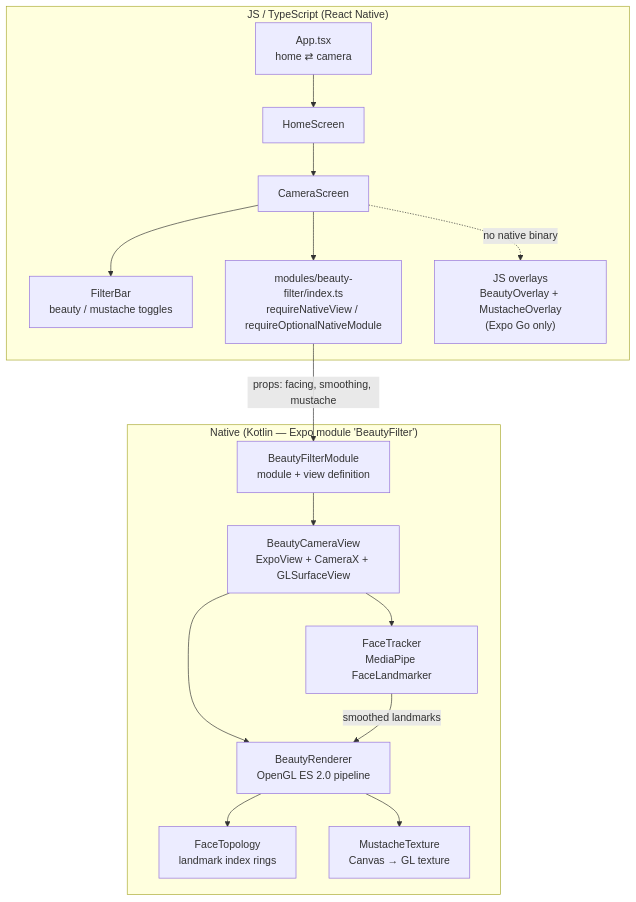
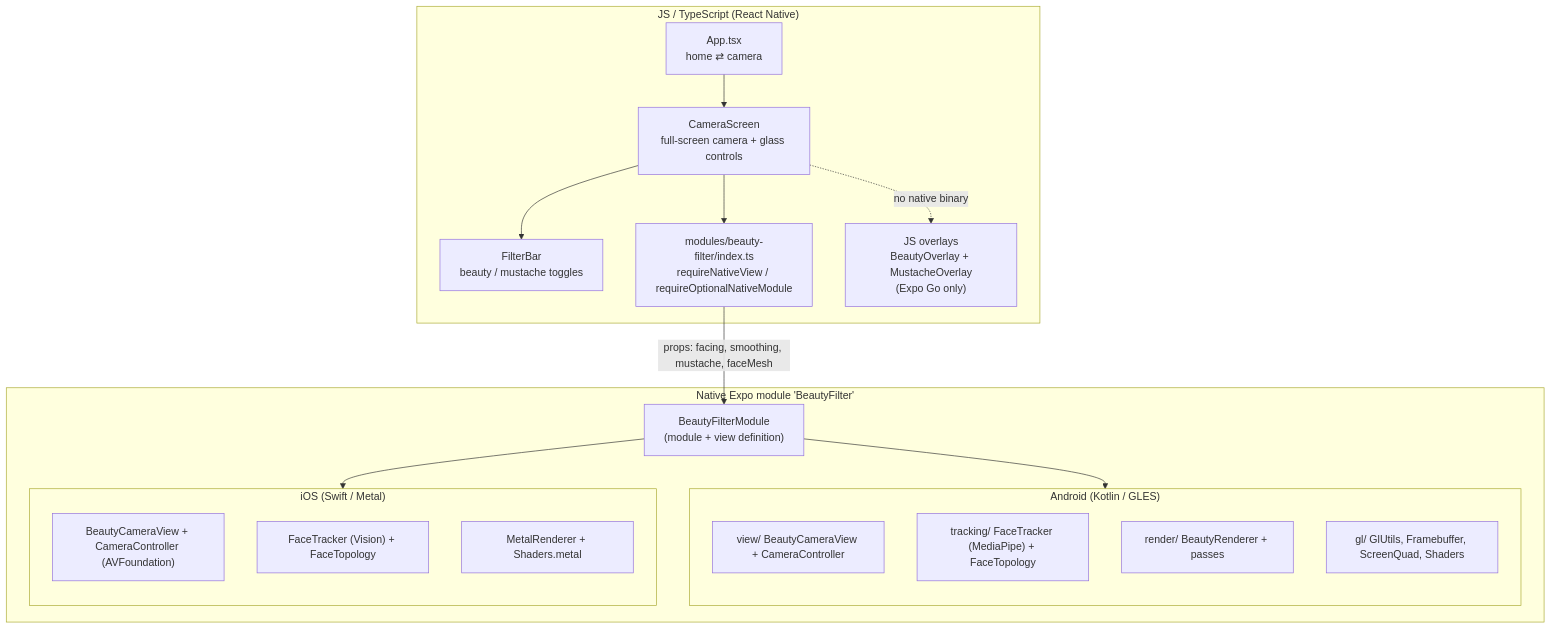
One commit to abdurahmon27/filter-cam changed the first of 5 diagrams in docs/ARCHITECTURE.md. Above: the diagram before and after it, drawn with Mermaid. The commit also changed other lines of this file and 22 other files, not shown here.

First line of the commit message:
Add beauty filter rendering components

````diff
--- a/docs/ARCHITECTURE.md
+++ b/docs/ARCHITECTURE.md
@@ -17,32 +20,35 @@
 ```mermaid
 graph TD
     subgraph JS["JS / TypeScript (React Native)"]
         App[App.tsx<br/>home ⇄ camera]
-        Home[HomeScreen]
-        Cam[CameraScreen]
+        Cam[CameraScreen<br/>full-screen camera + glass controls]
         FB[FilterBar<br/>beauty / mustache toggles]
         Bridge["modules/beauty-filter/index.ts<br/>requireNativeView / requireOptionalNativeModule"]
         Fallback["JS overlays<br/>BeautyOverlay + MustacheOverlay<br/>(Expo Go only)"]
     end
 
-    subgraph Native["Native (Kotlin — Expo module 'BeautyFilter')"]
-        Mod[BeautyFilterModule<br/>module + view definition]
-        View[BeautyCameraView<br/>ExpoView + CameraX + GLSurfaceView]
-        Tracker[FaceTracker<br/>MediaPipe FaceLandmarker]
-        Renderer[BeautyRenderer<br/>OpenGL ES 2.0 pipeline]
-        Topo[FaceTopology<br/>landmark index rings]
-        Must[MustacheTexture<br/>Canvas → GL texture]
+    subgraph Native["Native Expo module 'BeautyFilter'"]
+        Mod["BeautyFilterModule<br/>(module + view definition)"]
+        subgraph Android["Android (Kotlin / GLES)"]
+            direction TB
+            AView["view/ BeautyCameraView + CameraController"]
+            ATrack["tracking/ FaceTracker (MediaPipe) + FaceTopology"]
+            ARender["render/ BeautyRenderer + passes"]
+            AGl["gl/ GlUtils, Framebuffer, ScreenQuad, Shaders"]
+        end
+        subgraph iOS["iOS (Swift / Metal)"]
+            direction TB
+            IView["BeautyCameraView + CameraController (AVFoundation)"]
+            ITrack["FaceTracker (Vision) + FaceTopology"]
+            IRender["MetalRenderer + Shaders.metal"]
+        end
     end
 
-    App --> Home --> Cam
+    App --> Cam
     Cam --> FB
     Cam --> Bridge
     Cam -. "no native binary" .-> Fallback
-    Bridge -->|"props: facing, smoothing, mustache"| Mod
-    Mod --> View
-    View --> Tracker
-    View --> Renderer
-    Renderer --> Topo
-    Renderer --> Must
-    Tracker -->|"smoothed landmarks"| Renderer
+    Bridge -->|"props: facing, smoothing, mustache, faceMesh"| Mod
+    Mod --> Android
+    Mod --> iOS
 ```
````
